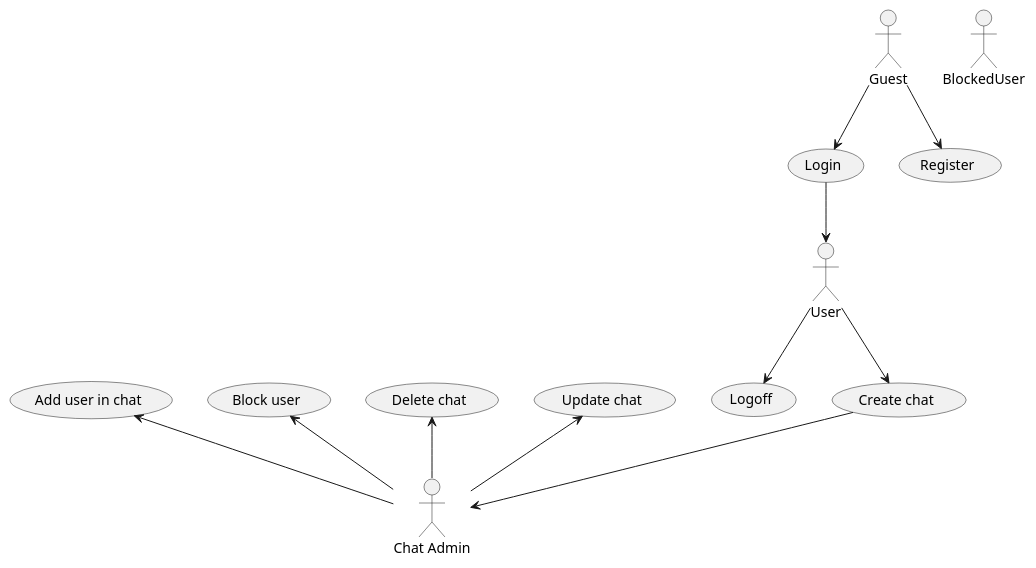
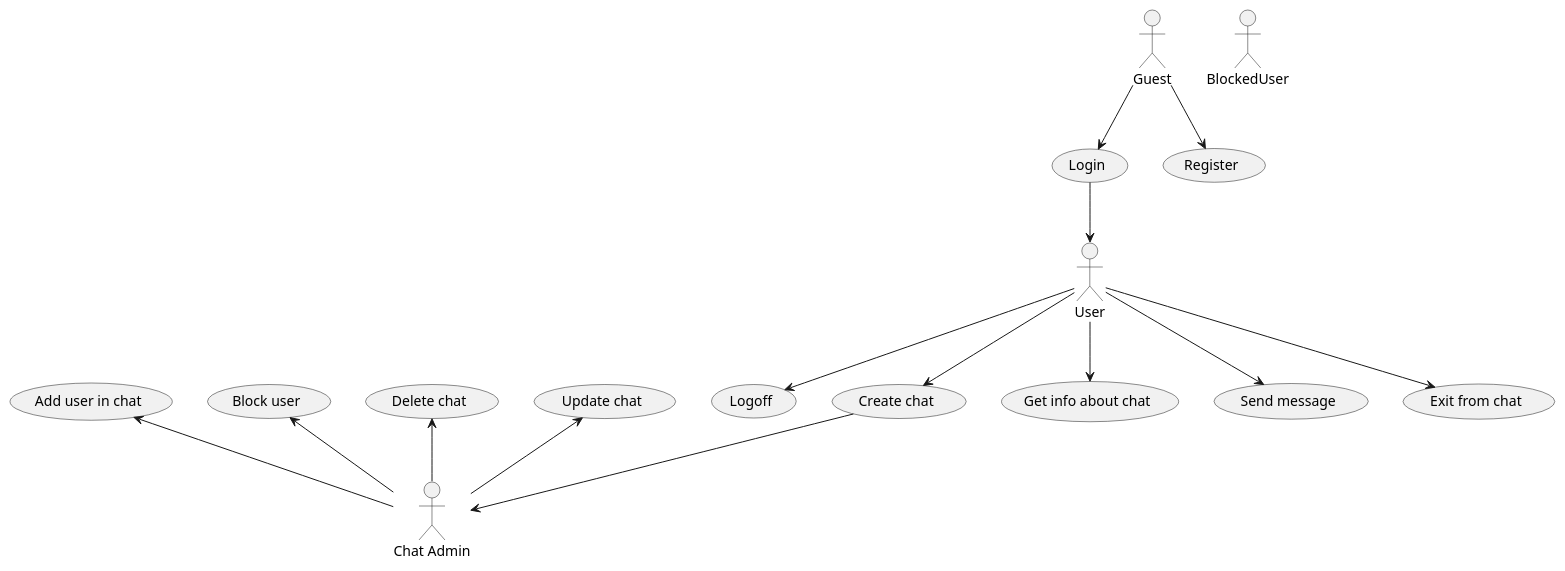
One commit to RewCrew/pet_project_simple_chat changed the diagram in project_for_evraz/user_actions.puml. Above: the diagram before and after it, drawn with PlantUML.

Commit message:
new commit

```diff
--- a/project_for_evraz/user_actions.puml
+++ b/project_for_evraz/user_actions.puml
@@ -1,40 +1,44 @@
 @startuml
 :Guest: as guest
 :User: as user
 :BlockedUser: as blocked_user
 :Chat Admin: as admin
 
 
 
 (Login) as login
 (Register) as register
 (Logoff) as logoff
 (Create chat) as cchat
 (Update chat) as uchat
 (Delete chat) as dchat
 (Block user) as buser
 (Add user in chat) as auser
+(Get info about chat) as info
+(Send message) as send_message
+(Exit from chat) as exit
+
 
 
 guest-->login
 login --> user
 guest-->register
 cchat --> admin
 
 user -d-> logoff
 user -d-> cchat
-'user -d->
-'user -d->
-'user -d->
+user -d-> info
+user -d-> send_message
+user -d-> exit
 'user -d->
 'user -d->
 
 
 admin -u-> uchat
 admin -u-> dchat
 admin -u-> buser
 admin -u-> auser
 'admin -u->
 'admin -u->
 
 @enduml
```
